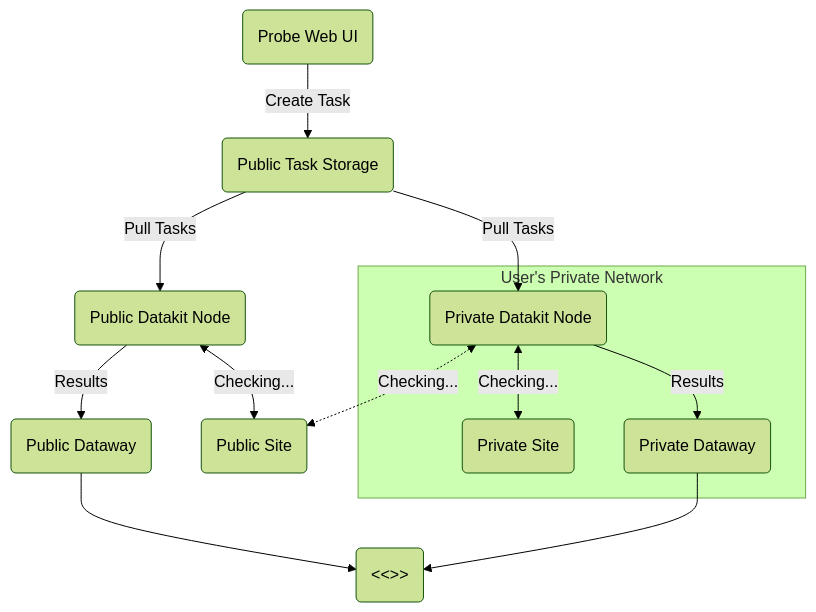
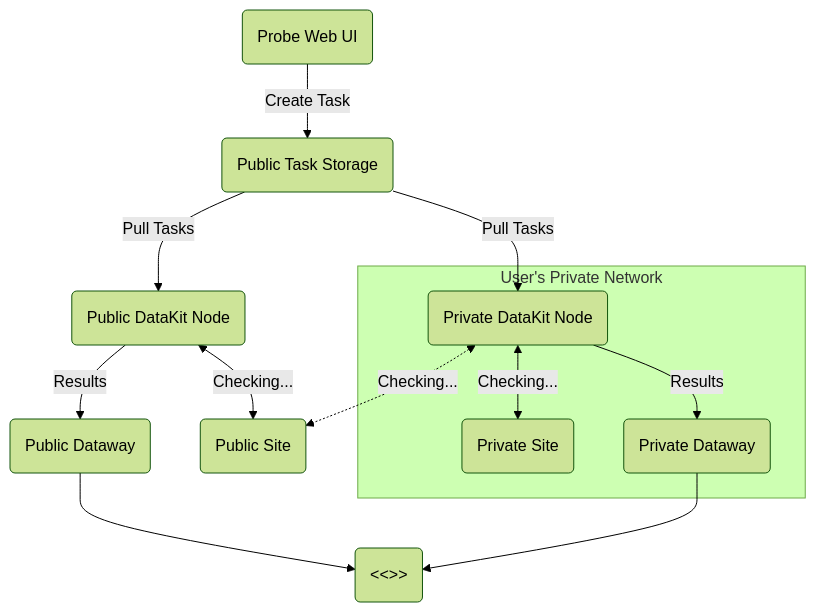
One commit to GuanceCloud/datakit changed the diagram in internal/export/doc/en/inputs/dialtesting.md. Above: the diagram before and after it, drawn with Mermaid (forest theme). The commit also changed other lines of this file and 325 other files, not shown here.

````diff
--- a/internal/export/doc/en/inputs/dialtesting.md
+++ b/internal/export/doc/en/inputs/dialtesting.md
@@ -61,26 +61,26 @@
 ```mermaid
 graph TD
   %% node definitions
   dt_web(Probe Web UI)
   dt_db(Public Task Storage)
-  dt_pub(Public Datakit Node)
-  dt_pri(Private Datakit Node)
+  dt_pub(Public DataKit Node)
+  dt_pri(Private DataKit Node)
   site_inner(Private Site)
   site_pub(Public Site)
   dw_inner(Private Dataway)
   dw_pub(Public Dataway)
   server(<<<custom_key.brand_name>>>)
 
   %%%%%%%%%%%%%%%%%%%%%%%%%%%%%%%%
   dt_web -->|Create Task| dt_db;
   dt_db -->|Pull Tasks| dt_pub -->|Results| dw_pub --> server;
   dt_db -->|Pull Tasks| dt_pri;
   dt_pub <-->|Checking...| site_pub;
 
   dt_pri <-.->|Checking...| site_pub;
   dw_inner --> server;
   subgraph "User's Private Network"
   dt_pri <-->|Checking...| site_inner;
   dt_pri -->|Results| dw_inner;
   end
 ```
````
